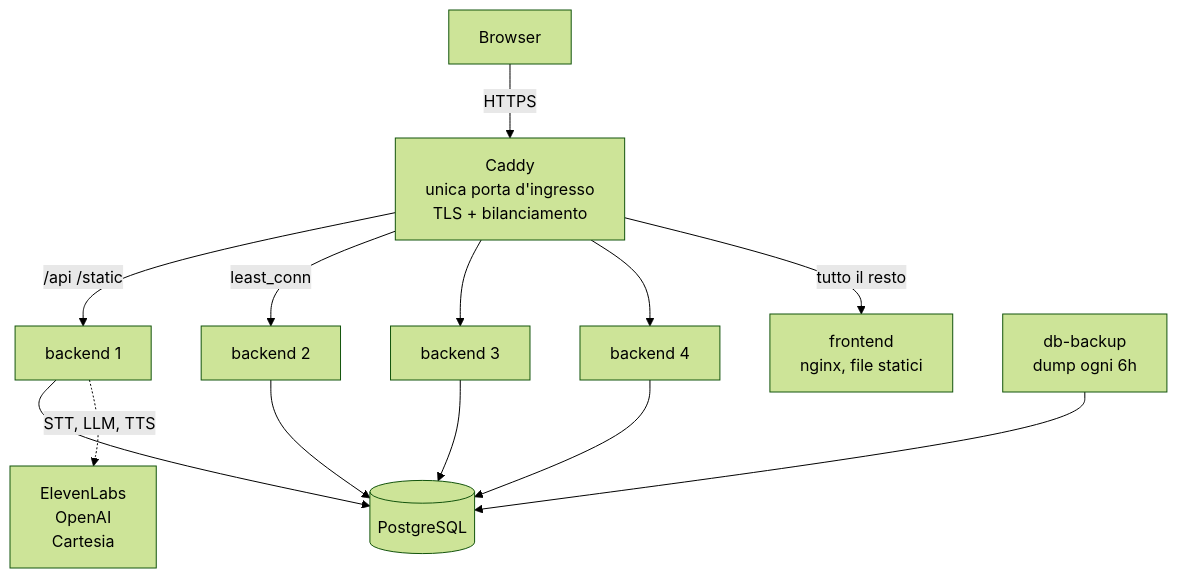
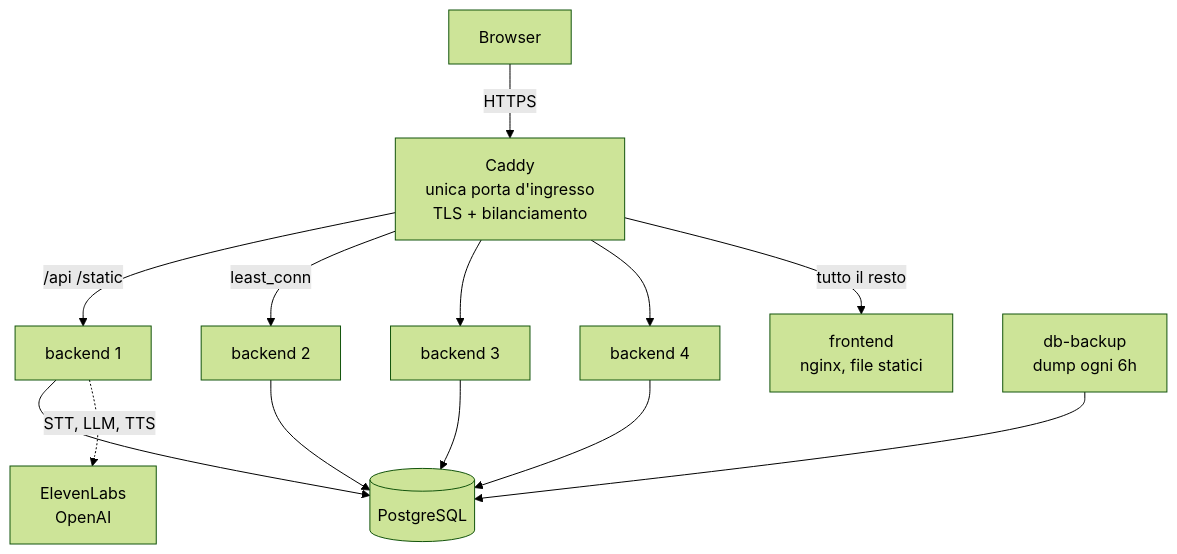
Before and after one commit to DavideZanellato99/SkillLab: the diagram in docs/infrastruttura.md, drawn with Mermaid (forest theme). The commit also changed 58 other files, not shown here.

Commit message:
cambiamento ui simulatore tecnico e messo eleven labs anche come tts

````diff
--- a/docs/infrastruttura.md
+++ b/docs/infrastruttura.md
@@ -15,15 +15,15 @@
 ```mermaid
 flowchart TD
     B["Browser"] -->|HTTPS| C["Caddy<br/>unica porta d'ingresso<br/>TLS + bilanciamento"]
     C -->|"/api  /static"| BE1["backend 1"]
     C -->|least_conn| BE2["backend 2"]
     C --> BE3["backend 3"]
     C --> BE4["backend 4"]
     C -->|"tutto il resto"| FE["frontend<br/>nginx, file statici"]
     BE1 --> DB[("PostgreSQL")]
     BE2 --> DB
     BE3 --> DB
     BE4 --> DB
-    BE1 -.->|"STT, LLM, TTS"| EXT["ElevenLabs<br/>OpenAI<br/>Cartesia"]
+    BE1 -.->|"STT, LLM, TTS"| EXT["ElevenLabs<br/>OpenAI"]
     BK["db-backup<br/>dump ogni 6h"] --> DB
 ```
````
